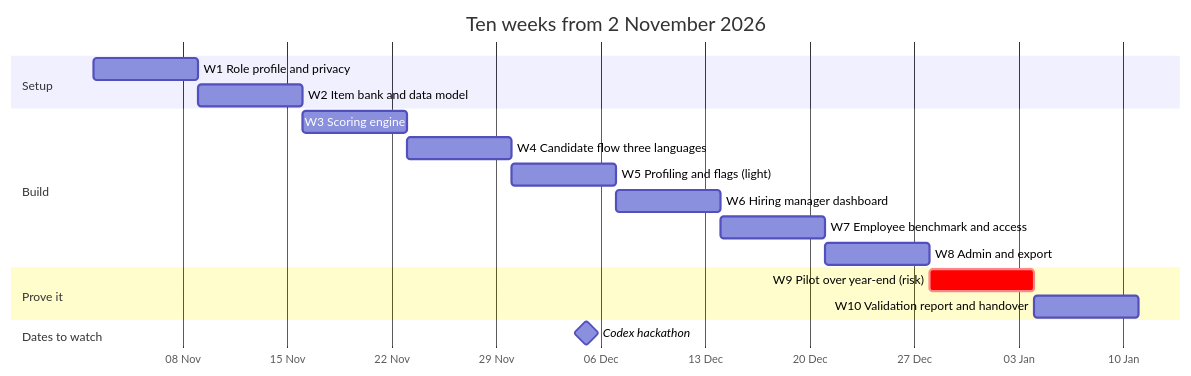
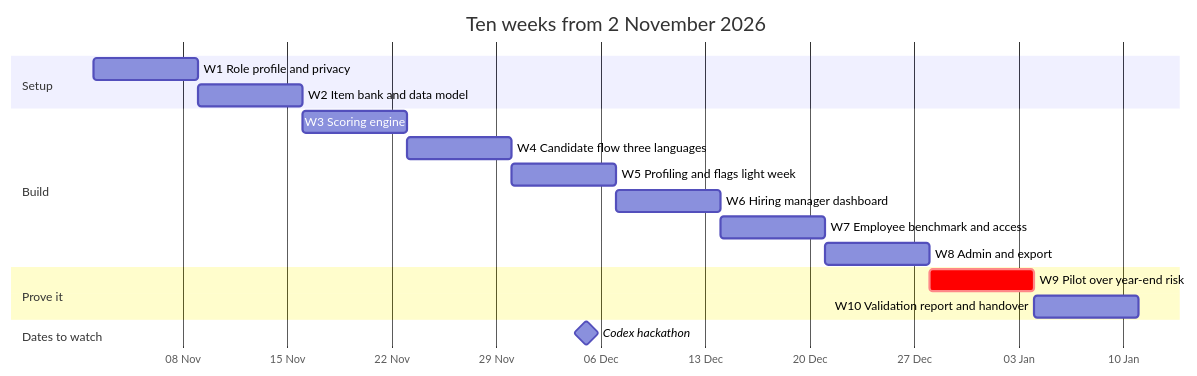
One commit to ponli550/DXP-CandidateAssessment changed the third of 4 diagrams in README.md. Above: the diagram before and after it, drawn with Mermaid. The commit also changed other lines of this file, not shown here.

Commit message:
Fix README diagram syntax risks (#32)

````diff
--- a/README.md
+++ b/README.md
@@ -54,21 +54,21 @@
 ```mermaid
 gantt
     title Ten weeks from 2 November 2026
     dateFormat YYYY-MM-DD
     axisFormat %d %b
     section Setup
     W1 Role profile and privacy        :w1, 2026-11-02, 7d
     W2 Item bank and data model        :w2, 2026-11-09, 7d
     section Build
     W3 Scoring engine                  :w3, 2026-11-16, 7d
     W4 Candidate flow three languages  :w4, 2026-11-23, 7d
-    W5 Profiling and flags (light)     :w5, 2026-11-30, 7d
+    W5 Profiling and flags light week     :w5, 2026-11-30, 7d
     W6 Hiring manager dashboard        :w6, 2026-12-07, 7d
     W7 Employee benchmark and access   :w7, 2026-12-14, 7d
     W8 Admin and export                :w8, 2026-12-21, 7d
     section Prove it
-    W9 Pilot over year-end (risk)      :crit, w9, 2026-12-28, 7d
+    W9 Pilot over year-end risk      :crit, w9, 2026-12-28, 7d
     W10 Validation report and handover :w10, 2027-01-04, 7d
     section Dates to watch
     Codex hackathon                    :milestone, 2026-12-05, 0d
 ```
````
